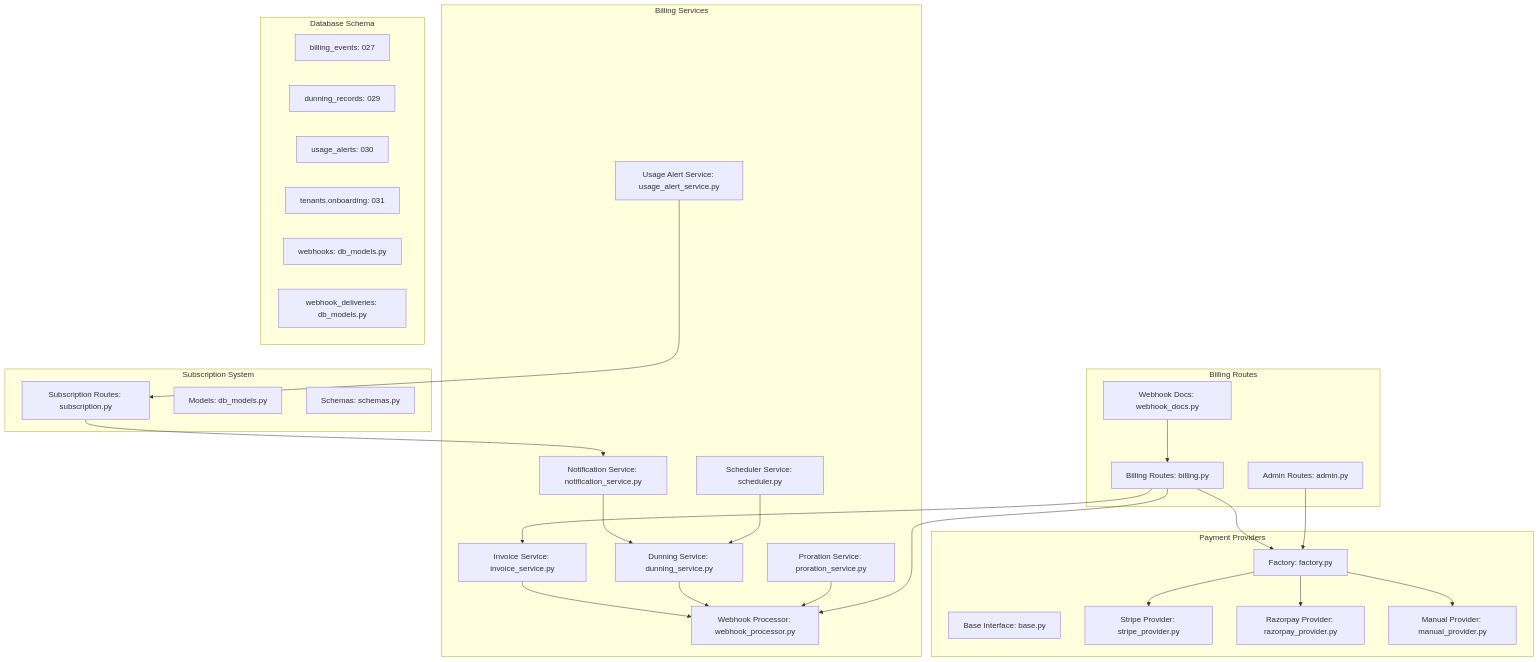
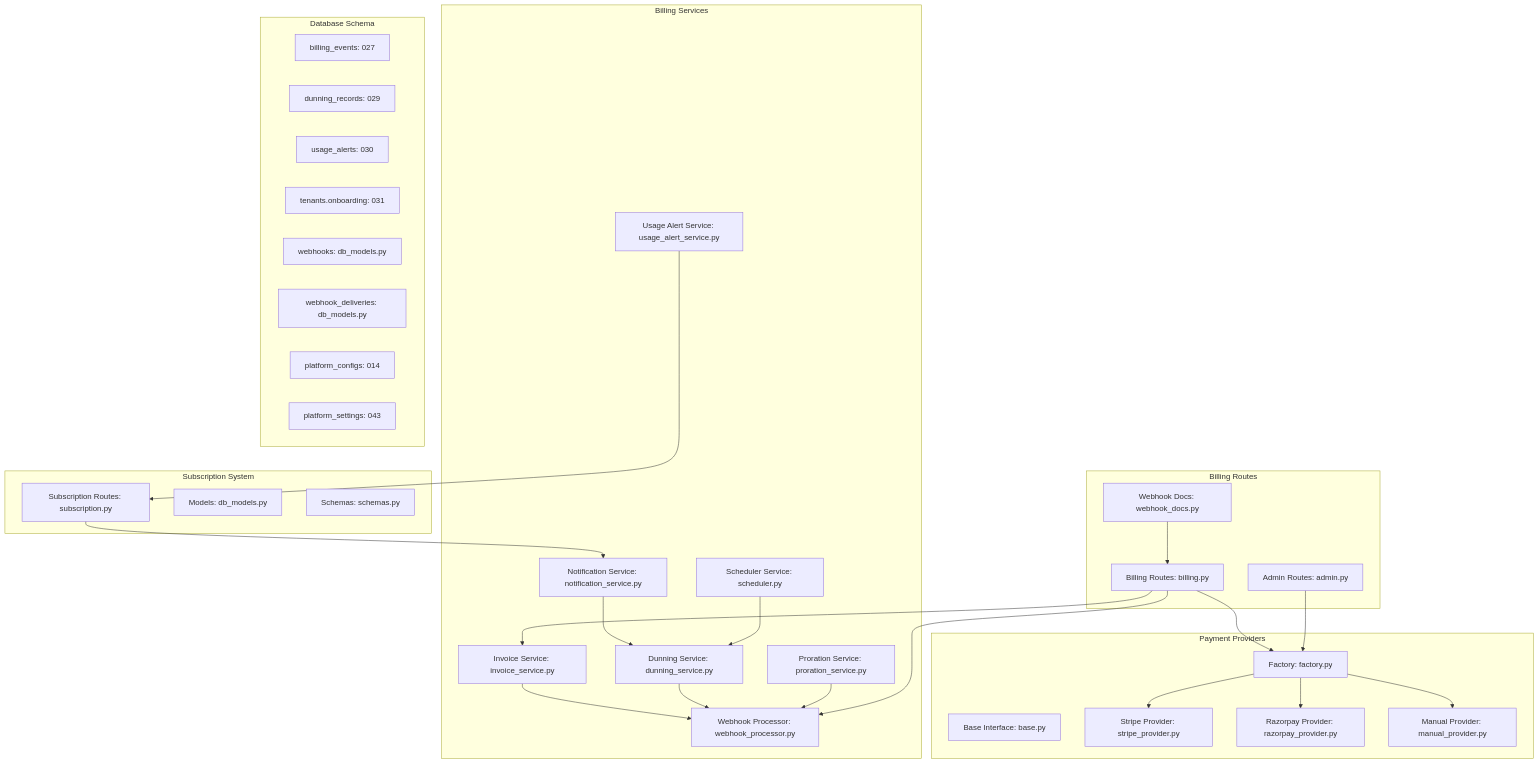
The first of 7 diagrams in .qoder/repowiki/en/content/API Reference/Subscription & Billing.md (Revanththetalogics/aireume), drawn with Mermaid before and after one commit. The commit also changed other lines of this file and 7 other files, not shown here.

````diff
--- a/.qoder/repowiki/en/content/API Reference/Subscription & Billing.md
+++ b/.qoder/repowiki/en/content/API Reference/Subscription & Billing.md
@@ -91,52 +100,54 @@
 ```mermaid
 graph TB
 subgraph "Payment Providers"
 A["Factory: factory.py"]
 B["Base Interface: base.py"]
 C["Stripe Provider: stripe_provider.py"]
 D["Razorpay Provider: razorpay_provider.py"]
 E["Manual Provider: manual_provider.py"]
 end
 subgraph "Billing Services"
 F["Invoice Service: invoice_service.py"]
 G["Webhook Processor: webhook_processor.py"]
 H["Dunning Service: dunning_service.py"]
 I["Proration Service: proration_service.py"]
 J["Usage Alert Service: usage_alert_service.py"]
 K["Notification Service: notification_service.py"]
 L["Scheduler Service: scheduler.py"]
 end
 subgraph "Billing Routes"
 M["Billing Routes: billing.py"]
 N["Admin Routes: admin.py"]
 O["Webhook Docs: webhook_docs.py"]
 end
 subgraph "Subscription System"
 P["Subscription Routes: subscription.py"]
 Q["Models: db_models.py"]
 R["Schemas: schemas.py"]
 end
 subgraph "Database Schema"
 S["billing_events: 027"]
 T["dunning_records: 029"]
 U["usage_alerts: 030"]
 V["tenants.onboarding: 031"]
 W["webhooks: db_models.py"]
 X["webhook_deliveries: db_models.py"]
+Y["platform_configs: 014"]
+Z["platform_settings: 043"]
 end
 A --> C
 A --> D
 A --> E
 F --> G
 H --> G
 I --> G
 J --> P
 K --> H
 L --> H
 M --> A
 M --> F
 M --> G
 N --> A
 O --> M
 P --> K
 ```
````
